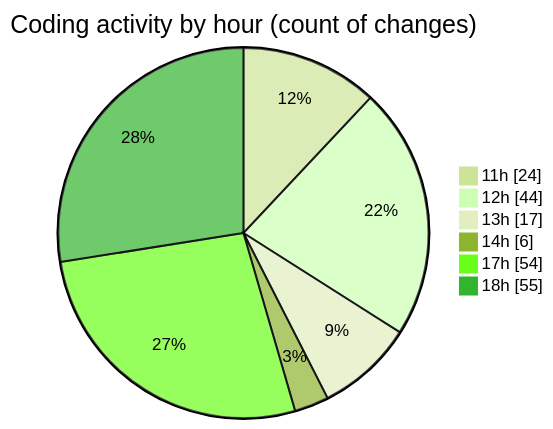
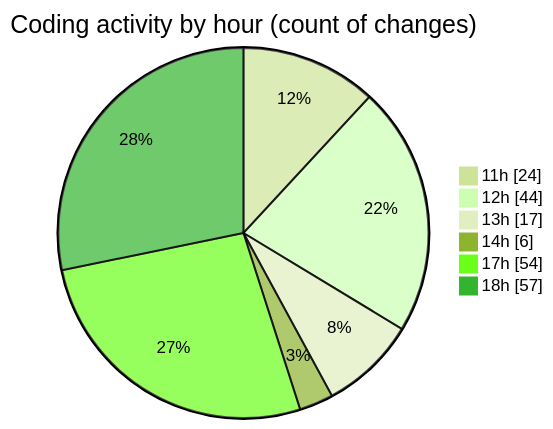
Before and after one commit to nxtqubesakshisongat/code-tracking: the second of 2 diagrams in 2025-05-10/argos-dev/README.md, drawn with Mermaid (forest theme). The commit also changed other lines of this file and 1 other file, not shown here.

````diff
--- a/2025-05-10/argos-dev/README.md
+++ b/2025-05-10/argos-dev/README.md
@@ -41,10 +41,10 @@
 ```mermaid
 pie showData
 title Coding activity by hour (count of changes)
 "11h" : 24
 "12h" : 44
 "13h" : 17
 "14h" : 6
 "17h" : 54
-"18h" : 55
+"18h" : 57
 ```
````
